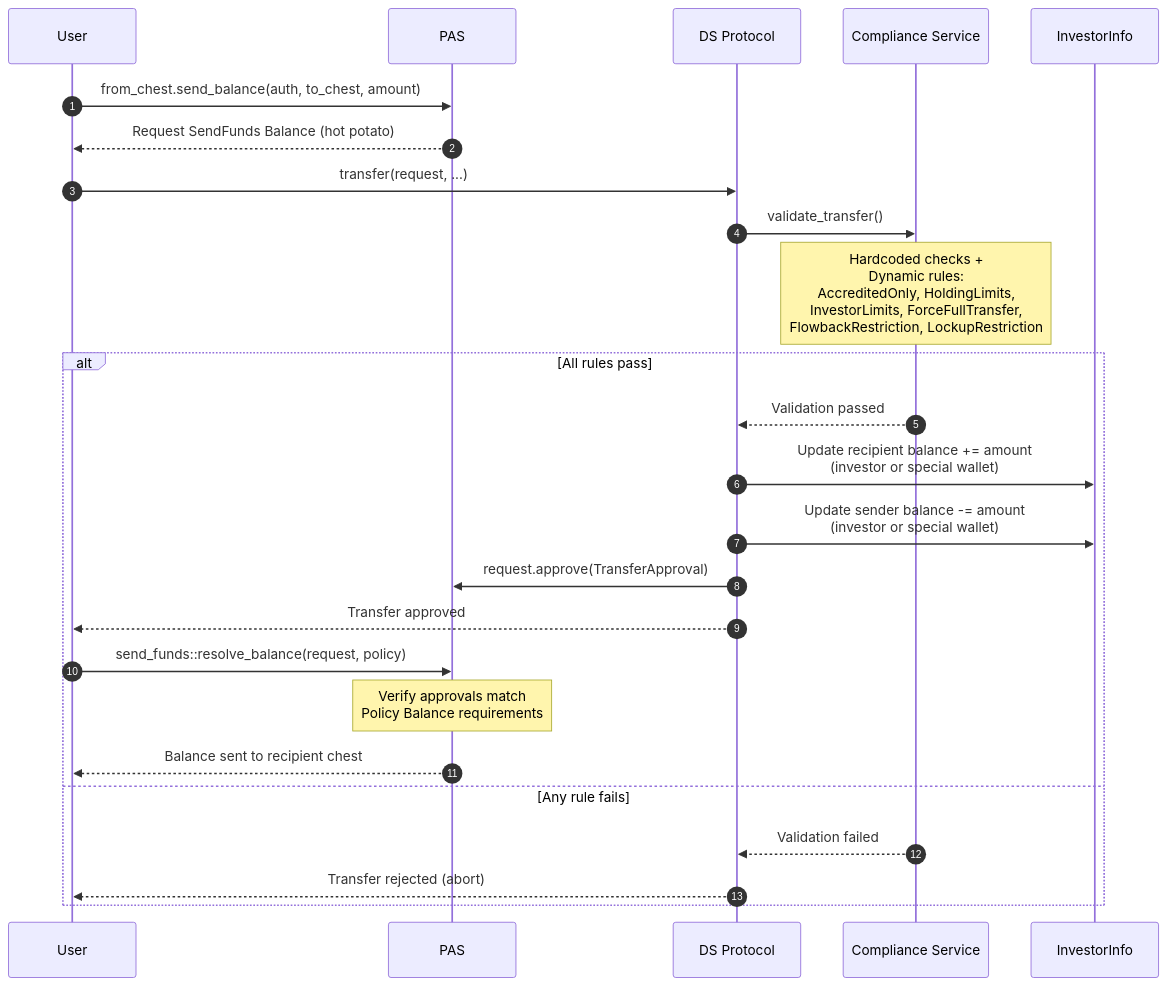
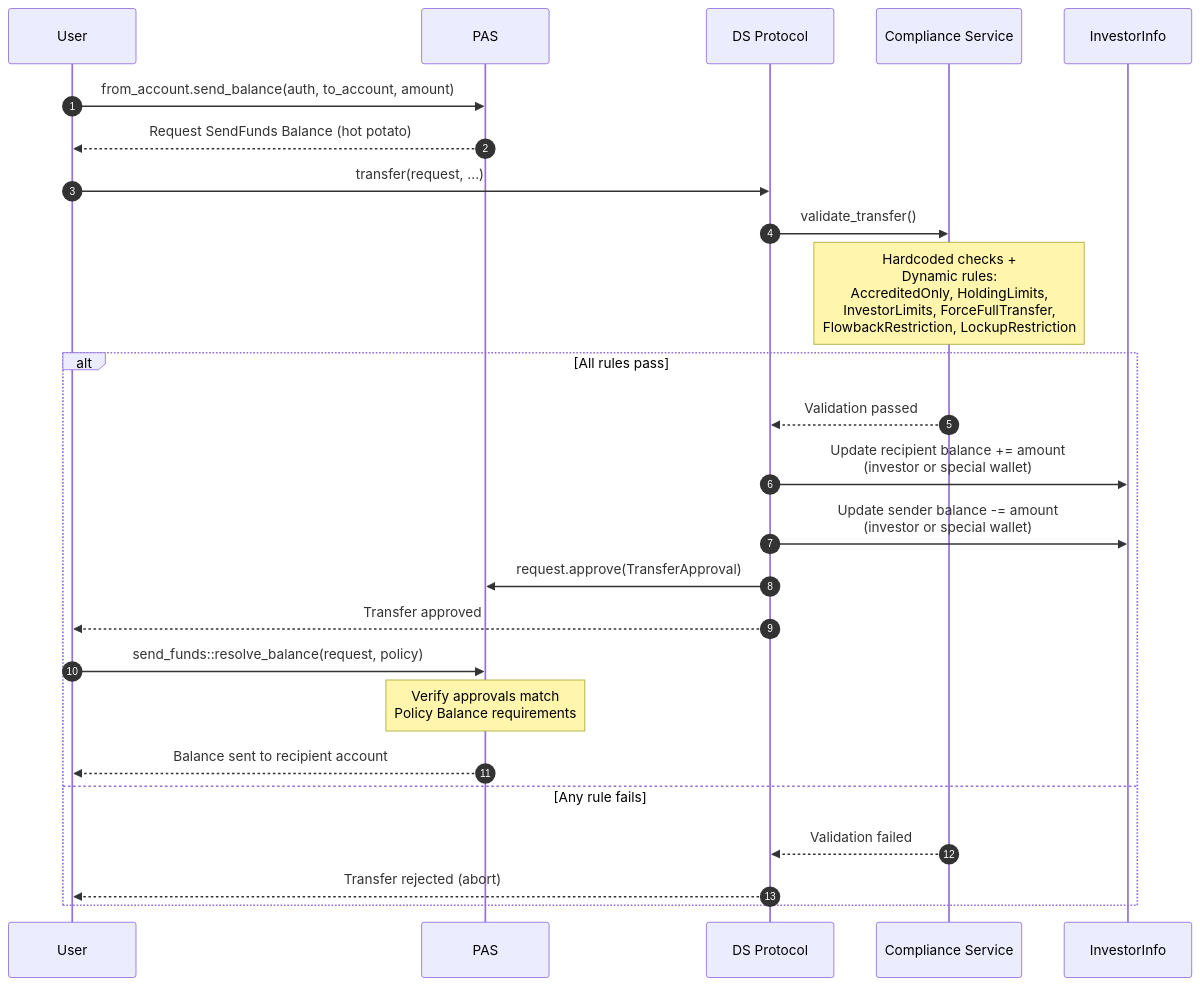
The diagram in docs/transfer-flow.md (securitize-io/bc-sui-dstoken-sc), drawn with Mermaid before and after one commit. The commit also changed other lines of this file and 15 other files, not shown here.

Commit message:
feat: rename chest to account

````diff
--- a/docs/transfer-flow.md
+++ b/docs/transfer-flow.md
@@ -94,36 +94,36 @@
 ```mermaid
 sequenceDiagram
     autonumber
     participant User as User
     participant PAS as PAS
     participant DS as DS Protocol
     participant Compliance as Compliance Service
     participant Registry as InvestorInfo
 
-    User->>PAS: from_chest.send_balance(auth, to_chest, amount)
+    User->>PAS: from_account.send_balance(auth, to_account, amount)
     PAS-->>User: Request SendFunds Balance (hot potato)
 
     User->>DS: transfer(request, ...)
 
     DS->>Compliance: validate_transfer()
 
     Note over Compliance: Hardcoded checks +<br/>Dynamic rules:<br/>AccreditedOnly, HoldingLimits,<br/>InvestorLimits, ForceFullTransfer,<br/>FlowbackRestriction, LockupRestriction
 
     alt All rules pass
         Compliance-->>DS: Validation passed
 
         DS->>Registry: Update recipient balance += amount<br/>(investor or special wallet)
         DS->>Registry: Update sender balance -= amount<br/>(investor or special wallet)
 
         DS->>PAS: request.approve(TransferApproval)
 
         DS-->>User: Transfer approved
 
         User->>PAS: send_funds::resolve_balance(request, policy)
         Note over PAS: Verify approvals match<br/>Policy Balance requirements
-        PAS-->>User: Balance sent to recipient chest
+        PAS-->>User: Balance sent to recipient account
     else Any rule fails
         Compliance-->>DS: Validation failed
         DS-->>User: Transfer rejected (abort)
     end
 ```
````
